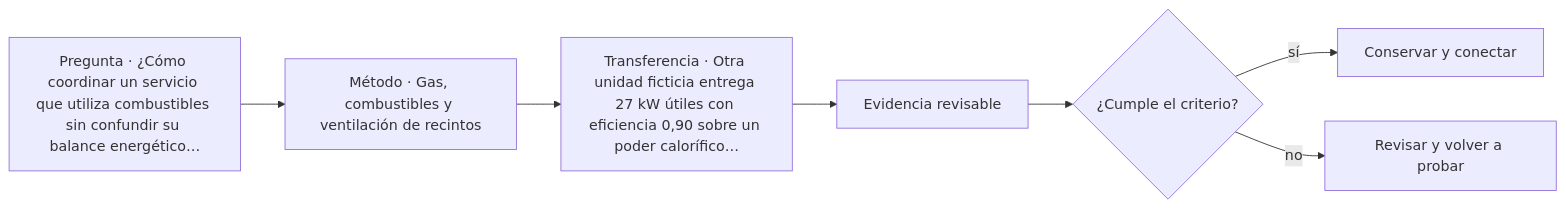
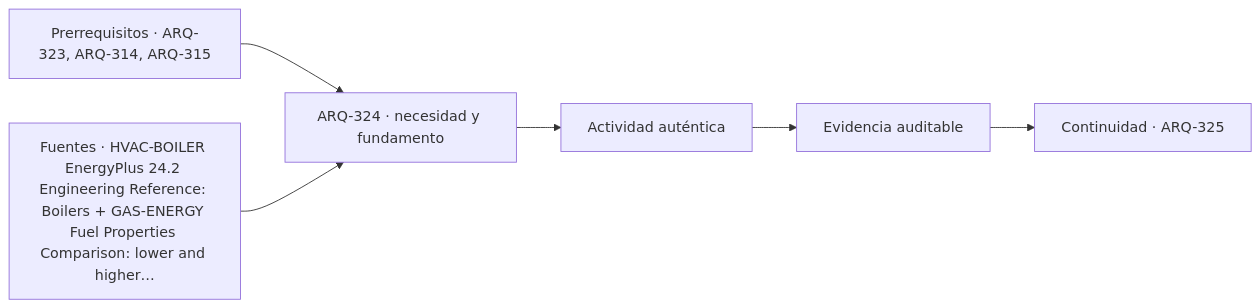
Before and after one commit to vladimiracunadev-create/architecture-built-environment-learning-program: the diagram in classes/parte-33/ARQ-324.md, drawn with Mermaid. The commit also changed other lines of this file and 761 other files, not shown here.

````diff
--- a/classes/parte-33/ARQ-324.md
+++ b/classes/parte-33/ARQ-324.md
@@ -113,9 +125,8 @@
 ```mermaid
 flowchart LR
-    Q["Pregunta · ¿Cómo coordinar un servicio que utiliza combustibles sin confundir su balance energético…"] --> M["Método · Gas, combustibles y ventilación de recintos"]
-    M --> P["Transferencia · Otra unidad ficticia entrega 27 kW útiles con eficiencia 0,90 sobre un poder calorífico…"]
-    P --> E["Evidencia revisable"]
-    E --> C{"¿Cumple el criterio?"}
-    C -->|sí| T["Conservar y conectar"]
-    C -->|no| R["Revisar y volver a probar"]
+    A["Prerrequisitos · ARQ-323, ARQ-314, ARQ-315"] --> B["ARQ-324 · necesidad y fundamento"]
+    S["Fuentes · HVAC-BOILER EnergyPlus 24.2 Engineering Reference: Boilers + GAS-ENERGY Fuel Properties Comparison: lower and higher…"] --> B
+    B --> C["Actividad auténtica"]
+    C --> D["Evidencia auditable"]
+    D --> E["Continuidad · ARQ-325"]
 ```
````
